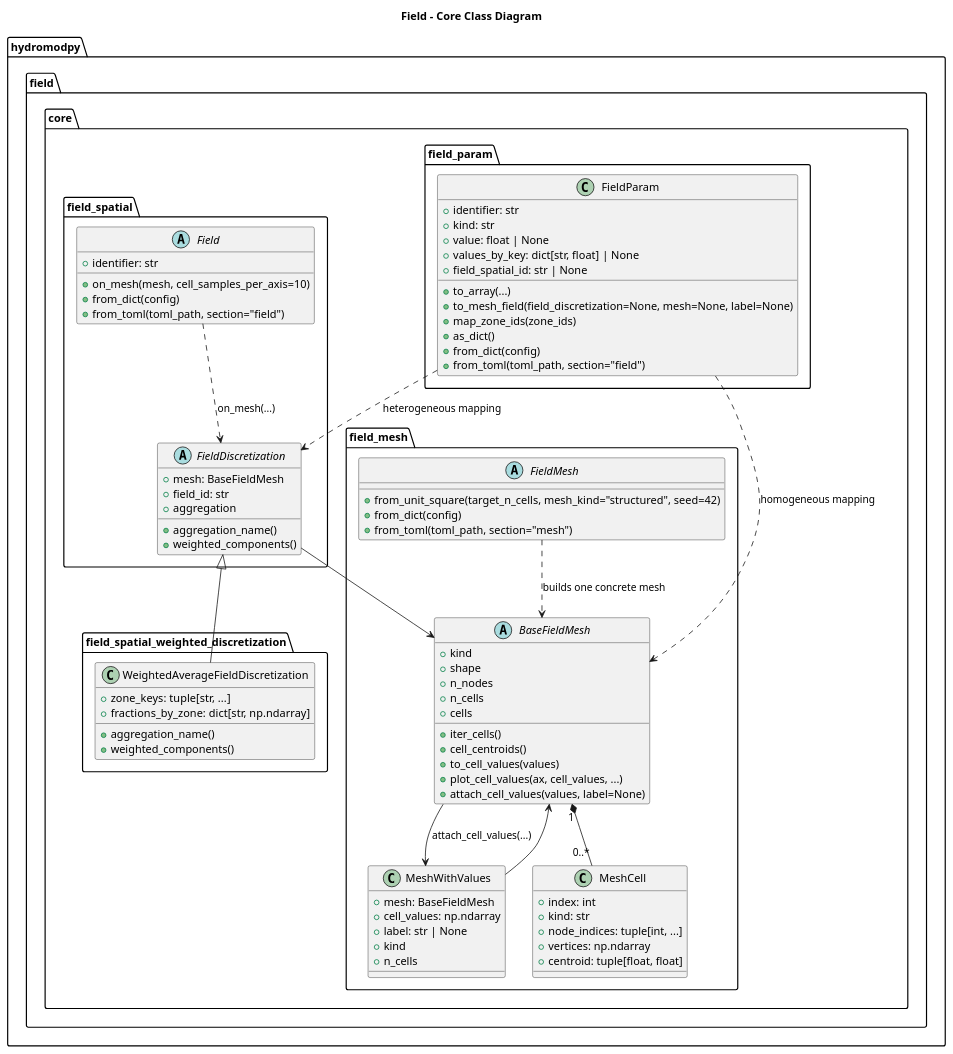
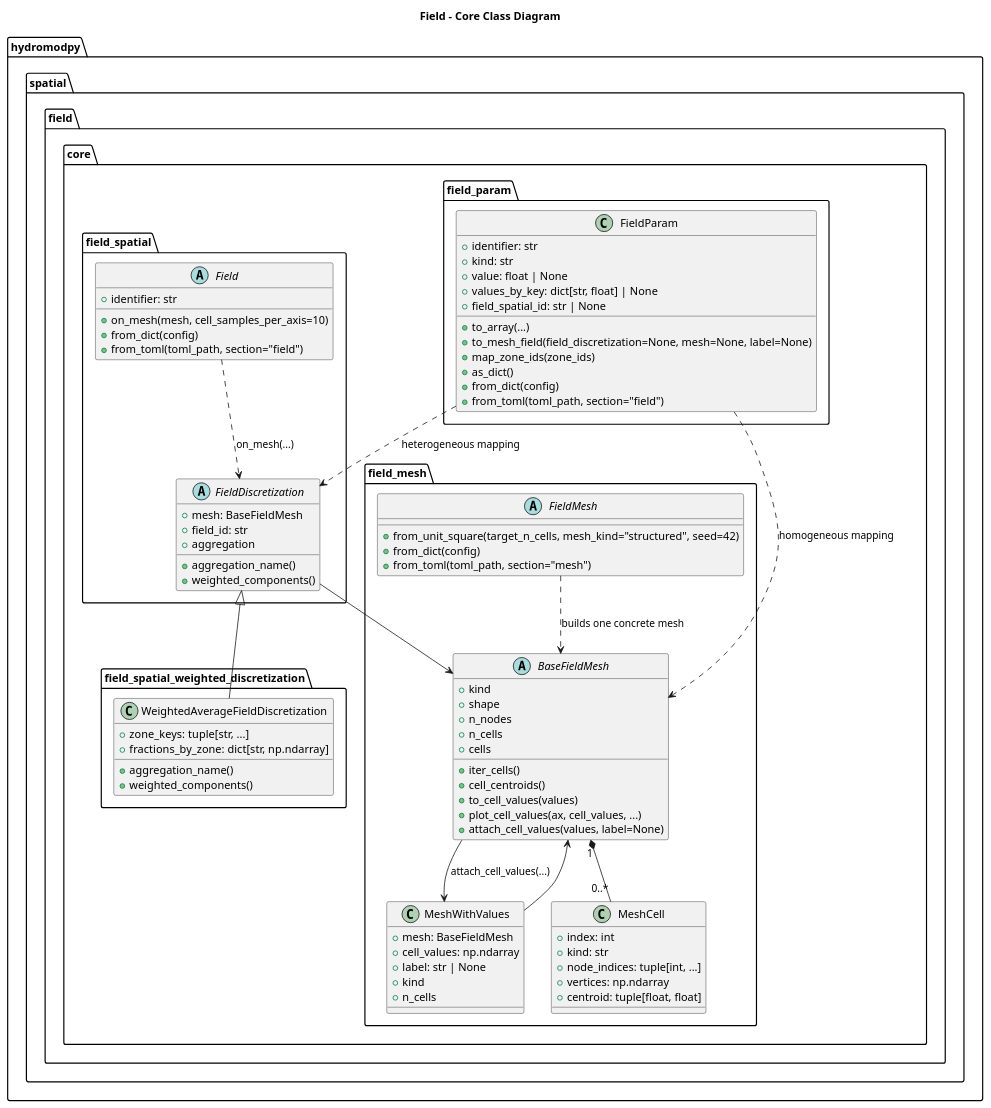
The diagram in docs/readthedocs/source/architecture/field/diagrams/field_classes.wsd (HydroModPy/HydroModPy), drawn with PlantUML before and after one commit. The commit also changed 1238 other files, not shown here.

```diff
--- a/docs/readthedocs/source/architecture/field/diagrams/field_classes.wsd
+++ b/docs/readthedocs/source/architecture/field/diagrams/field_classes.wsd
@@ -1,97 +1,97 @@
 @startuml
 title Field - Core Class Diagram
 
-package "hydromodpy.field.core.field_mesh" {
+package "hydromodpy.spatial.field.core.field_mesh" {
   class MeshCell {
     +index: int
     +kind: str
     +node_indices: tuple[int, ...]
     +vertices: np.ndarray
     +centroid: tuple[float, float]
   }
 
   class MeshWithValues {
     +mesh: BaseFieldMesh
     +cell_values: np.ndarray
     +label: str | None
     +kind
     +n_cells
   }
 
   abstract class BaseFieldMesh {
     +kind
     +shape
     +n_nodes
     +n_cells
     +cells
     +iter_cells()
     +cell_centroids()
     +to_cell_values(values)
     +plot_cell_values(ax, cell_values, ...)
     +attach_cell_values(values, label=None)
   }
 
   abstract class FieldMesh {
     +from_unit_square(target_n_cells, mesh_kind="structured", seed=42)
     +from_dict(config)
     +from_toml(toml_path, section="mesh")
   }
 }
 
-package "hydromodpy.field.core.field_spatial" {
+package "hydromodpy.spatial.field.core.field_spatial" {
   abstract class Field {
     +identifier: str
     +on_mesh(mesh, cell_samples_per_axis=10)
     +from_dict(config)
     +from_toml(toml_path, section="field")
   }
 
   abstract class FieldDiscretization {
     +mesh: BaseFieldMesh
     +field_id: str
     +aggregation_name()
     +aggregation
     +weighted_components()
   }
 }
 
-package "hydromodpy.field.core.field_spatial_weighted_discretization" {
+package "hydromodpy.spatial.field.core.field_spatial_weighted_discretization" {
   class WeightedAverageFieldDiscretization {
     +zone_keys: tuple[str, ...]
     +fractions_by_zone: dict[str, np.ndarray]
     +aggregation_name()
     +weighted_components()
   }
 }
 
-package "hydromodpy.field.core.field_param" {
+package "hydromodpy.spatial.field.core.field_param" {
   class FieldParam {
     +identifier: str
     +kind: str
     +value: float | None
     +values_by_key: dict[str, float] | None
     +field_spatial_id: str | None
     +to_array(...)
     +to_mesh_field(field_discretization=None, mesh=None, label=None)
     +map_zone_ids(zone_ids)
     +as_dict()
     +from_dict(config)
     +from_toml(toml_path, section="field")
   }
 }
 
 BaseFieldMesh "1" *-- "0..*" MeshCell
 MeshWithValues --> BaseFieldMesh
 BaseFieldMesh --> MeshWithValues : attach_cell_values(...)
 
 FieldMesh ..> BaseFieldMesh : builds one concrete mesh
 
 FieldDiscretization --> BaseFieldMesh
 FieldDiscretization <|-- WeightedAverageFieldDiscretization
 
 Field ..> FieldDiscretization : on_mesh(...)
 
 FieldParam ..> BaseFieldMesh : homogeneous mapping
 FieldParam ..> FieldDiscretization : heterogeneous mapping
 
 @enduml
```
